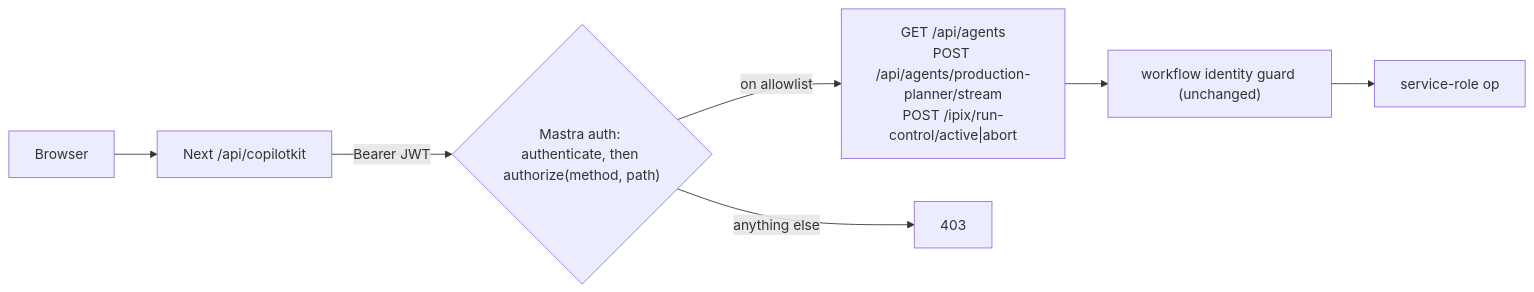
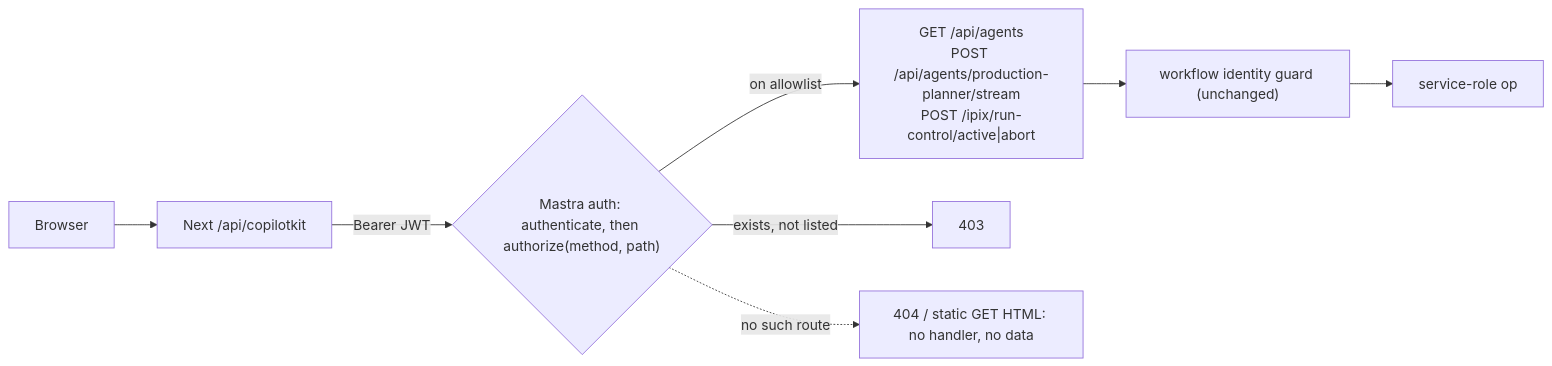
One commit to amoai-tech/ipixai changed the diagram in docs/plans/2026-09-24-ipi-1326-mastra-route-allowlist.md. Above: the diagram before and after it, drawn with Mermaid. The commit also changed other lines of this file and 2 other files, not shown here.

````diff
--- a/docs/plans/2026-09-24-ipi-1326-mastra-route-allowlist.md
+++ b/docs/plans/2026-09-24-ipi-1326-mastra-route-allowlist.md
@@ -36,8 +36,9 @@
 ```mermaid
 flowchart LR
   B[Browser] --> N["Next /api/copilotkit"]
   N -- "Bearer JWT" --> M{"Mastra auth: authenticate, then authorize(method, path)"}
   M -- "on allowlist" --> OK["GET /api/agents<br/>POST /api/agents/production-planner/stream<br/>POST /ipix/run-control/active|abort"]
-  M -- "anything else" --> D[403]
+  M -- "exists, not listed" --> D[403]
+  M -. "no such route" .-> F["404 / static GET HTML: no handler, no data"]
   OK --> WG["workflow identity guard (unchanged)"] --> SR[service-role op]
 ```
````
